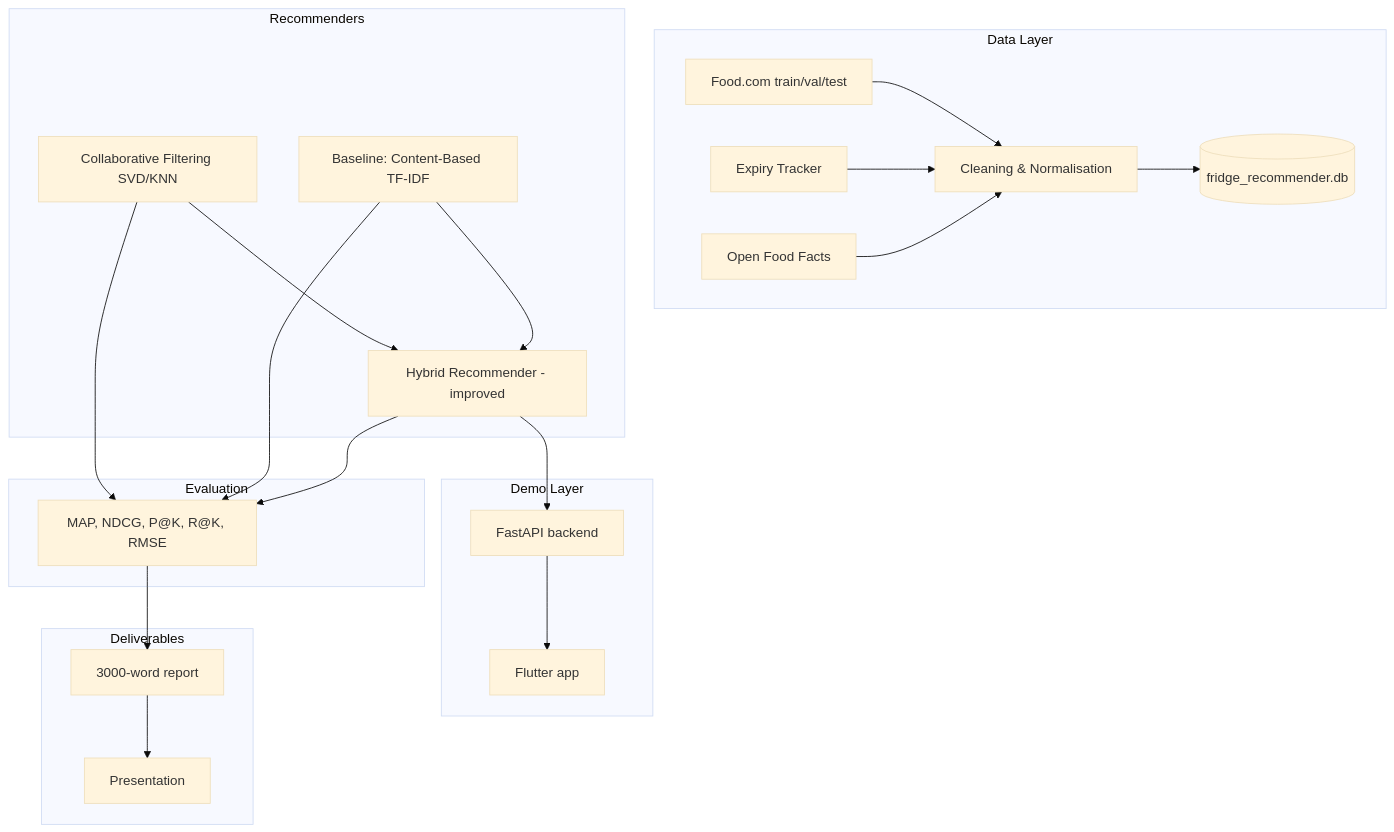
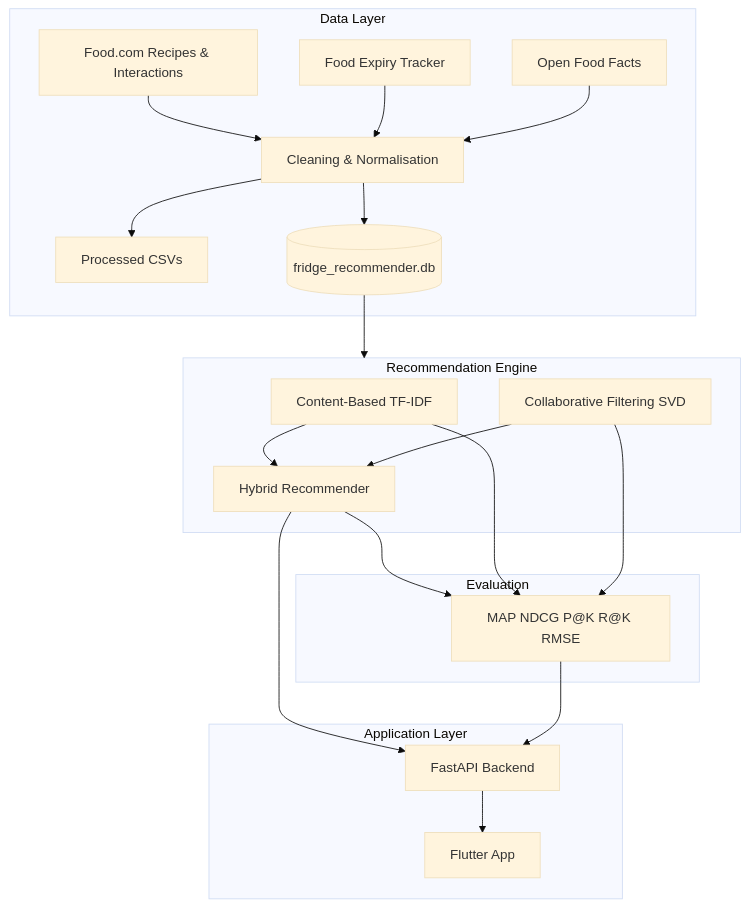
Before and after one commit to nadeeshaJ/FridgeWise-AI: the diagram in README.md, drawn with Mermaid (base theme). The commit also changed other lines of this file, not shown here.

````diff
--- a/README.md
+++ b/README.md
@@ -49,37 +23,36 @@
 ```mermaid
 flowchart TB
     subgraph Data["Data Layer"]
-        FC[Food.com train/val/test]
-        EX[Expiry Tracker]
+        FC[Food.com Recipes & Interactions]
+        EX[Food Expiry Tracker]
         OFF[Open Food Facts]
         FC --> Clean[Cleaning & Normalisation]
         EX --> Clean
         OFF --> Clean
+        Clean --> CSV[Processed CSVs]
         Clean --> DB[(fridge_recommender.db)]
     end
 
-    subgraph Models["Recommenders"]
-        CB[Baseline: Content-Based TF-IDF]
-        CF[Collaborative Filtering SVD/KNN]
-        HY[Hybrid Recommender - improved]
+    subgraph Models["Recommendation Engine"]
+        CB[Content-Based TF-IDF]
+        CF[Collaborative Filtering SVD]
+        HY[Hybrid Recommender]
         CB --> HY
         CF --> HY
     end
 
     subgraph Eval["Evaluation"]
-        HY --> Metrics[MAP, NDCG, P@K, R@K, RMSE]
+        HY --> Metrics[MAP NDCG P@K R@K RMSE]
         CB --> Metrics
         CF --> Metrics
     end
 
-    subgraph Demo["Demo Layer"]
-        API[FastAPI backend]
-        FL[Flutter app]
+    subgraph App["Application Layer"]
+        API[FastAPI Backend]
+        FL[Flutter App]
         HY --> API --> FL
     end
 
-    subgraph Deliverables["Deliverables"]
-        Metrics --> Report[3000-word report]
-        Report --> Pres[Presentation]
-    end
+    DB --> Models
+    Metrics --> API
 ```
````
